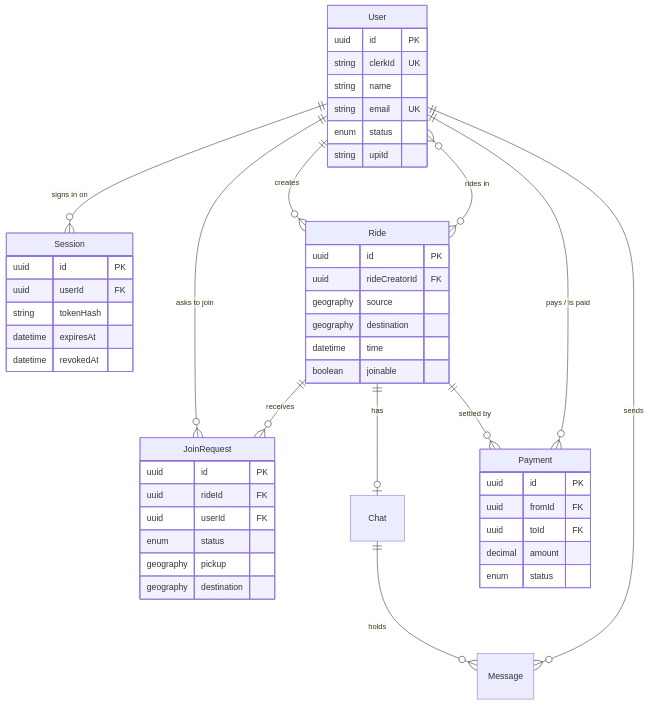
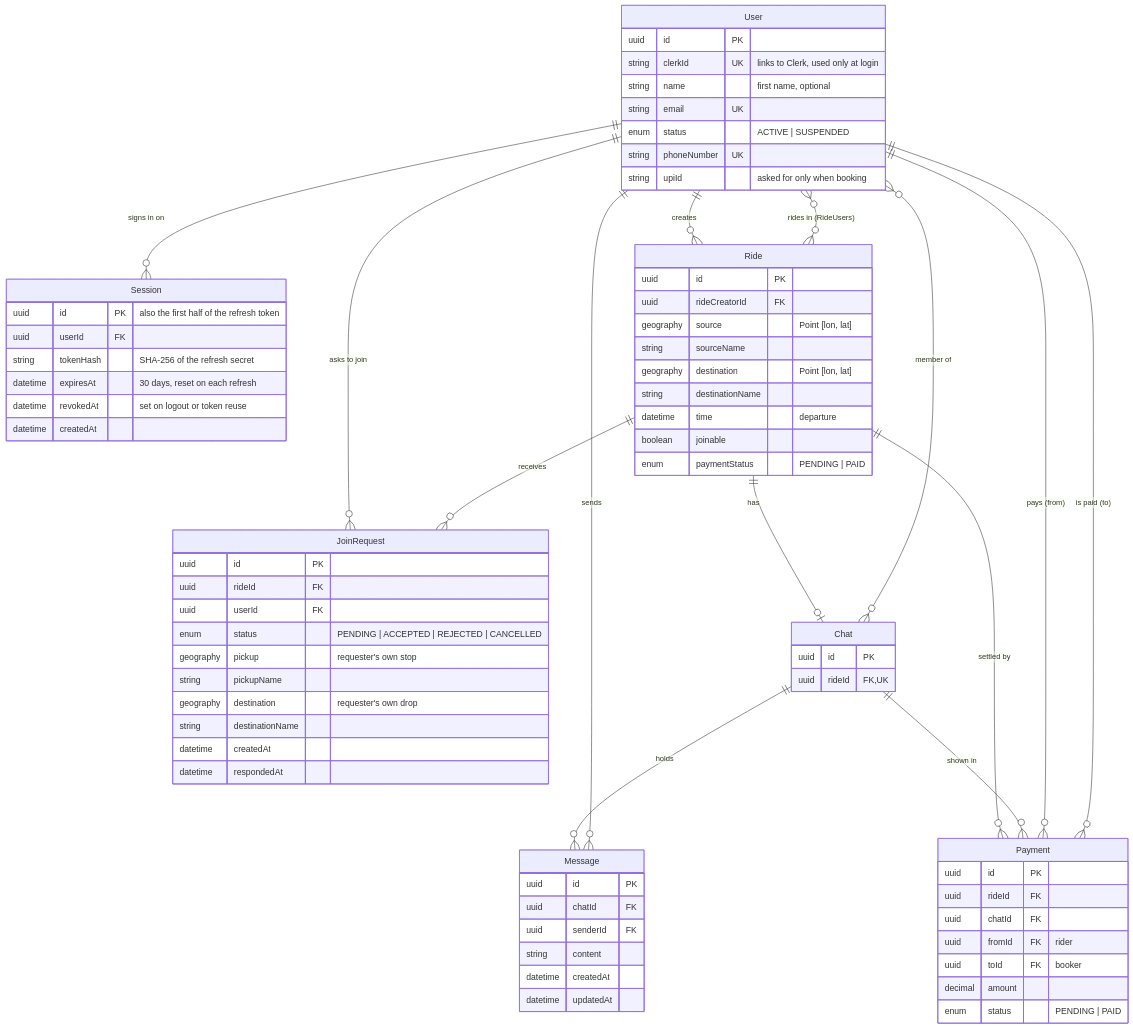
Diagram 13 of 14 in README.md (yatinsingh2007/HopShare), drawn with Mermaid before and after one commit. The commit also changed other lines of this file and 5 other files, not shown here.

````diff
--- a/README.md
+++ b/README.md
@@ -165,51 +437,83 @@
 erDiagram
     User ||--o{ Session : "signs in on"
     User ||--o{ Ride : "creates"
-    User }o--o{ Ride : "rides in"
+    User }o--o{ Ride : "rides in (RideUsers)"
     User ||--o{ JoinRequest : "asks to join"
     Ride ||--o{ JoinRequest : "receives"
     Ride ||--o| Chat : "has"
+    User }o--o{ Chat : "member of"
     Chat ||--o{ Message : "holds"
     User ||--o{ Message : "sends"
     Ride ||--o{ Payment : "settled by"
-    User ||--o{ Payment : "pays / is paid"
+    Chat ||--o{ Payment : "shown in"
+    User ||--o{ Payment : "pays (from)"
+    User ||--o{ Payment : "is paid (to)"
 
     User {
         uuid id PK
-        string clerkId UK
-        string name
+        string clerkId UK "links to Clerk, used only at login"
+        string name "first name, optional"
         string email UK
-        enum status
-        string upiId
+        enum status "ACTIVE | SUSPENDED"
+        string phoneNumber UK
+        string upiId "asked for only when booking"
     }
+
     Session {
-        uuid id PK
+        uuid id PK "also the first half of the refresh token"
         uuid userId FK
-        string tokenHash
-        datetime expiresAt
-        datetime revokedAt
+        string tokenHash "SHA-256 of the refresh secret"
+        datetime expiresAt "30 days, reset on each refresh"
+        datetime revokedAt "set on logout or token reuse"
+        datetime createdAt
     }
+
     Ride {
         uuid id PK
         uuid rideCreatorId FK
-        geography source
-        geography destination
-        datetime time
+        geography source "Point [lon, lat]"
+        string sourceName
+        geography destination "Point [lon, lat]"
+        string destinationName
+        datetime time "departure"
         boolean joinable
+        enum paymentStatus "PENDING | PAID"
     }
+
     JoinRequest {
         uuid id PK
         uuid rideId FK
         uuid userId FK
-        enum status
-        geography pickup
-        geography destination
+        enum status "PENDING | ACCEPTED | REJECTED | CANCELLED"
+        geography pickup "requester's own stop"
+        string pickupName
+        geography destination "requester's own drop"
+        string destinationName
+        datetime createdAt
+        datetime respondedAt
     }
+
+    Chat {
+        uuid id PK
+        uuid rideId FK, UK
+    }
+
+    Message {
+        uuid id PK
+        uuid chatId FK
+        uuid senderId FK
+        string content
+        datetime createdAt
+        datetime updatedAt
+    }
+
     Payment {
         uuid id PK
-        uuid fromId FK
-        uuid toId FK
+        uuid rideId FK
+        uuid chatId FK
+        uuid fromId FK "rider"
+        uuid toId FK "booker"
         decimal amount
-        enum status
+        enum status "PENDING | PAID"
     }
 ```
````
